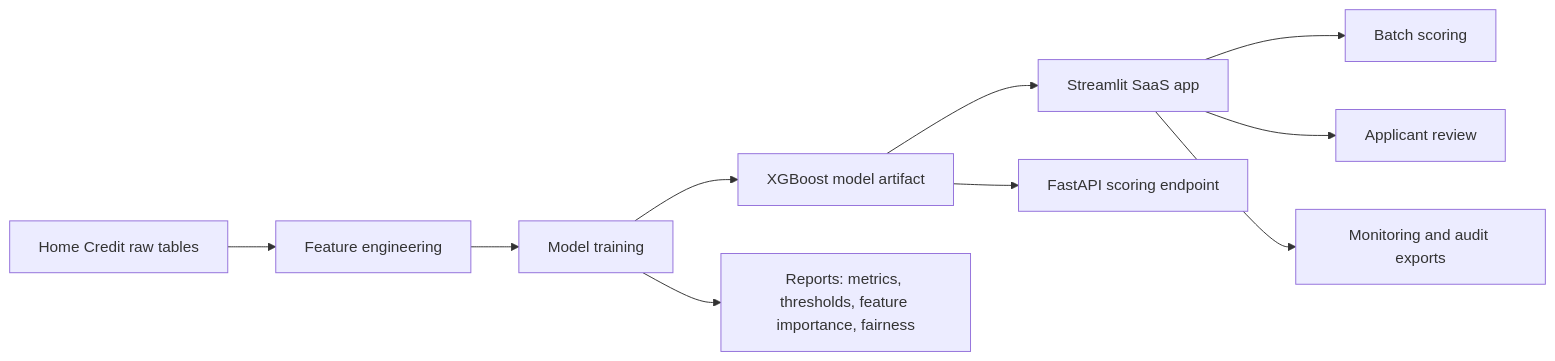
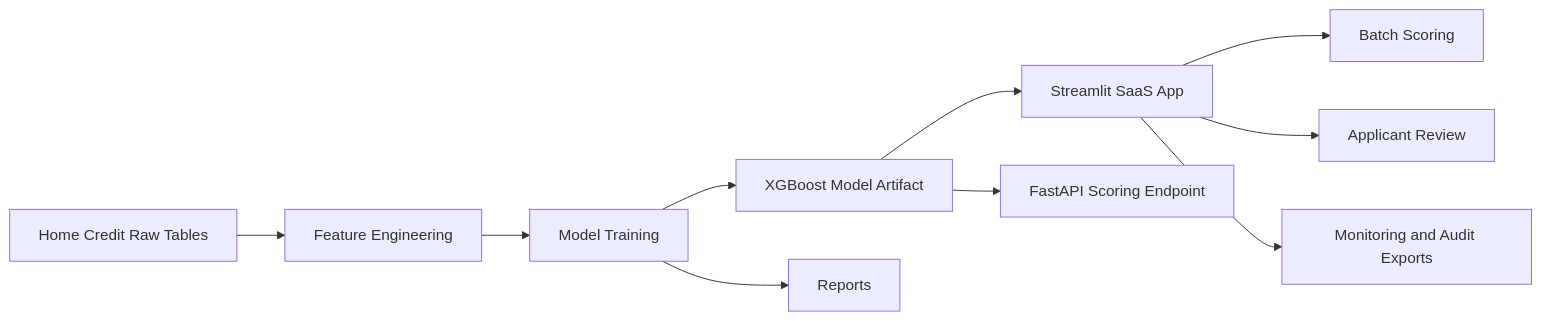
Before and after one commit to hemant2186/credit-risk-loan-default-prediction: the diagram in README.md, drawn with Mermaid.

Commit message:
Fix Mermaid diagram

````diff
--- a/README.md
+++ b/README.md
@@ -57,12 +57,16 @@
 ```mermaid
 flowchart LR
-    A[Home Credit raw tables] --> B[Feature engineering]
-    B --> C[Model training]
-    C --> D[XGBoost model artifact]
-    D --> E[Streamlit SaaS app]
-    E --> F[Batch scoring]
-    E --> G[Applicant review]
-    E --> H[Monitoring and audit exports]
-    D --> I[FastAPI scoring endpoint]
-    C --> J[Reports: metrics, thresholds, feature importance, fairness]
+    A["Home Credit Raw Tables"] --> B["Feature Engineering"]
+    B --> C["Model Training"]
+    C --> D["XGBoost Model Artifact"]
+
+    D --> E["Streamlit SaaS App"]
+
+    E --> F["Batch Scoring"]
+    E --> G["Applicant Review"]
+    E --> H["Monitoring and Audit Exports"]
+
+    D --> I["FastAPI Scoring Endpoint"]
+
+    C --> J["Reports"]
 ```
````
